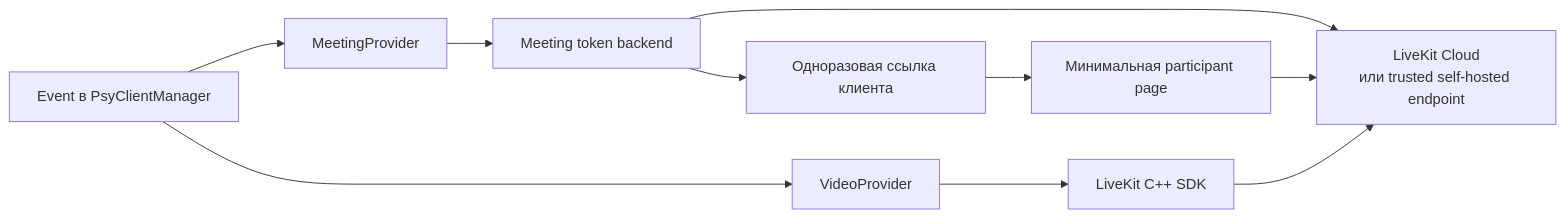
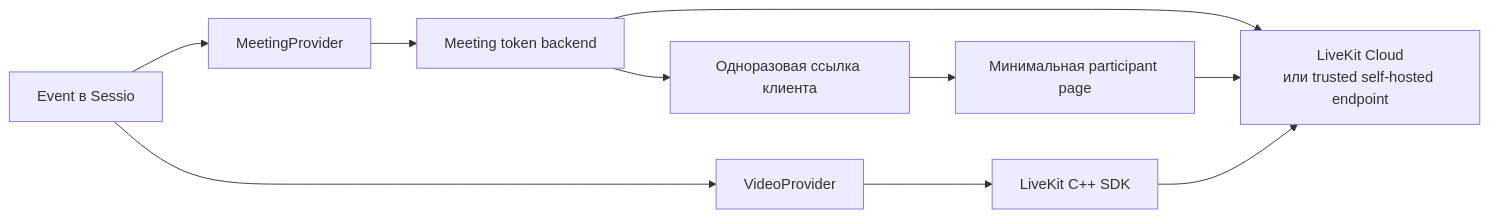
Before and after one commit to Artem535/PsyClientManager: the first of 2 diagrams in docs/video-roadmap.md, drawn with Mermaid. The commit also changed other lines of this file and 38 other files, not shown here.

First line of the commit message:
Rename PsyClientManager to Sessio

````diff
--- a/docs/video-roadmap.md
+++ b/docs/video-roadmap.md
@@ -152,12 +152,12 @@
 ```mermaid
 flowchart LR
-    A[Event в PsyClientManager] --> B[MeetingProvider]
+    A[Event в Sessio] --> B[MeetingProvider]
     B --> C[Meeting token backend]
     C --> D[LiveKit Cloud<br/>или trusted self-hosted endpoint]
     A --> E[VideoProvider]
     E --> F[LiveKit C++ SDK]
     F --> D
     C --> G[Одноразовая ссылка клиента]
     G --> H[Минимальная participant page]
     H --> D
 ```
````
